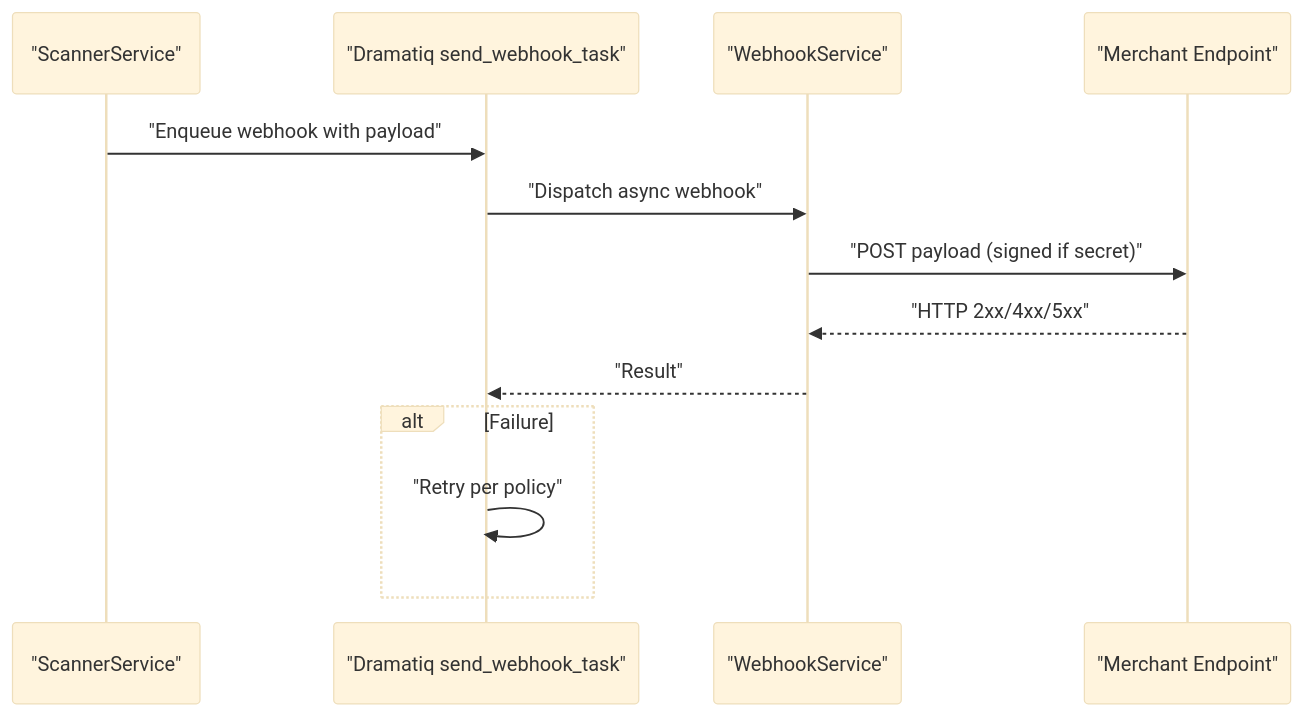
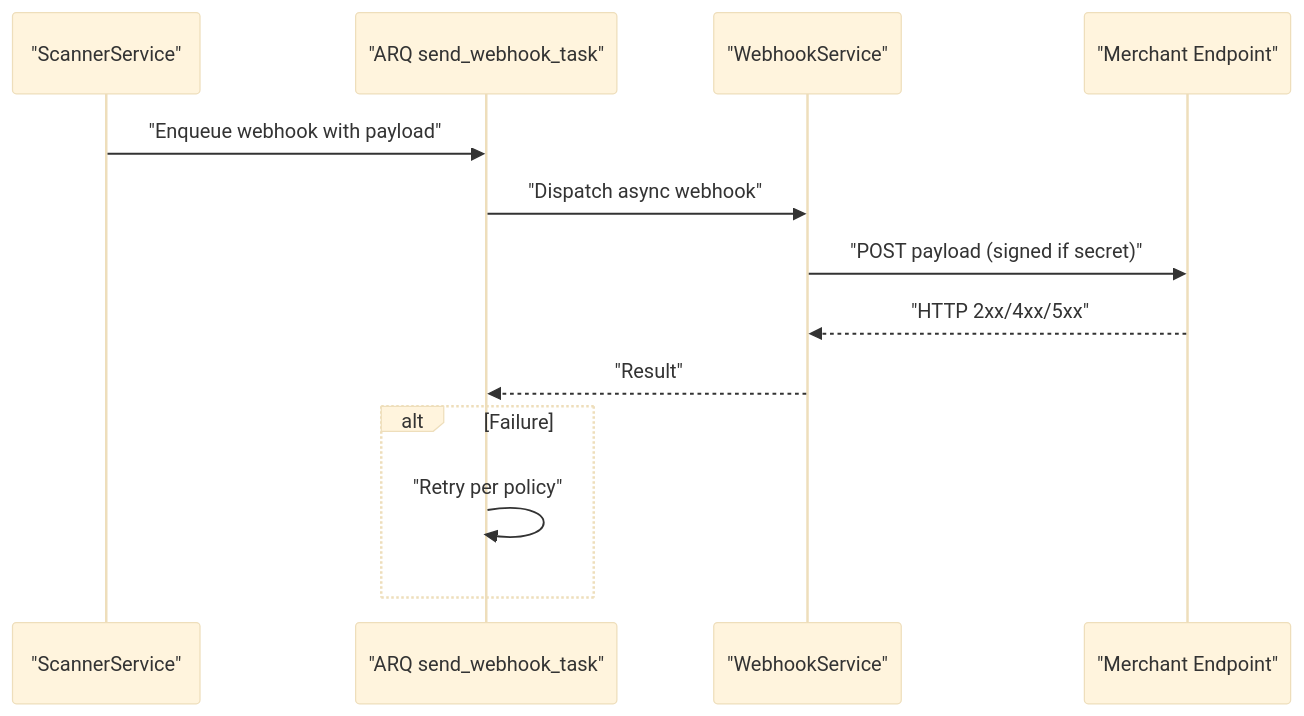
The seventh of 8 diagrams in docs/project-overview/introduction-and-purpose.md (rakibhossain72/ctrip-docs), drawn with Mermaid (base theme) before and after one commit. The commit also changed other lines of this file and 25 other files, not shown here.

First line of the commit message:
docs: Update documentation to reflect ARQ task migration from Dramatiq

````diff
--- a/docs/project-overview/introduction-and-purpose.md
+++ b/docs/project-overview/introduction-and-purpose.md
@@ -314,15 +314,15 @@
 ```mermaid
 sequenceDiagram
 participant Scan as "ScannerService"
-participant Task as "Dramatiq send_webhook_task"
+participant Task as "ARQ send_webhook_task"
 participant Hook as "WebhookService"
 participant Merchant as "Merchant Endpoint"
 Scan->>Task : "Enqueue webhook with payload"
 Task->>Hook : "Dispatch async webhook"
 Hook->>Merchant : "POST payload (signed if secret)"
 Merchant-->>Hook : "HTTP 2xx/4xx/5xx"
 Hook-->>Task : "Result"
 alt Failure
 Task->>Task : "Retry per policy"
 end
 ```
````
